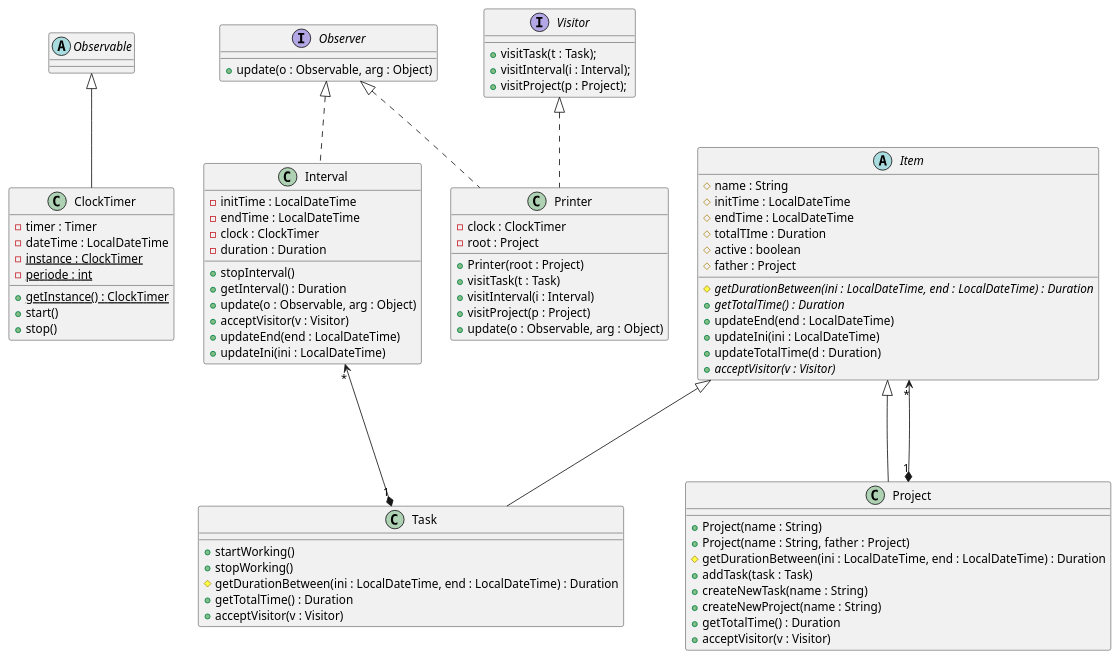
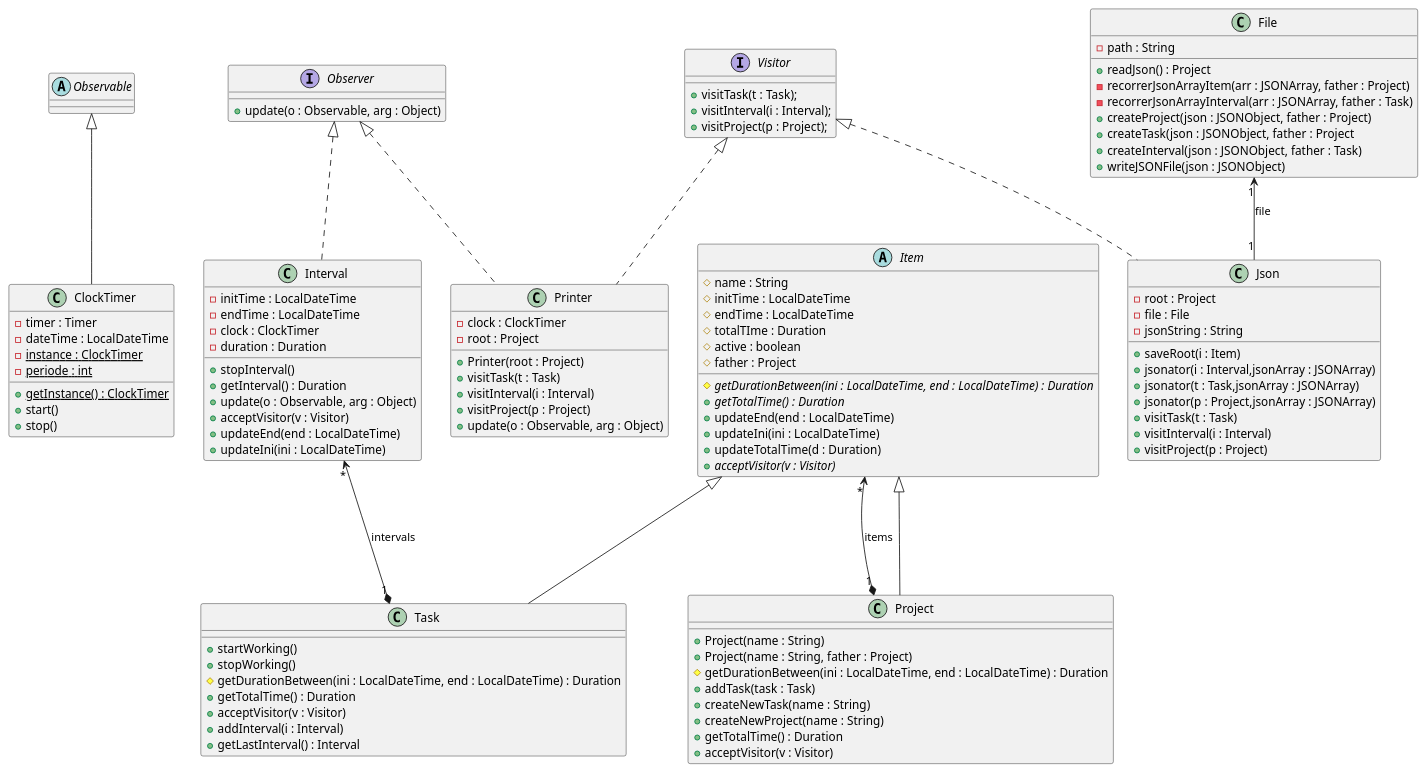
Before and after one commit to ewyalcuadrao/DS_practica: the diagram in diagrama_TimeTracker.puml, drawn with PlantUML. The commit also changed 3 other files, not shown here.

```diff
--- a/diagrama_TimeTracker.puml
+++ b/diagrama_TimeTracker.puml
@@ -1,92 +1,120 @@
 @startuml
 abstract Observable{
 
 }
 
 interface Observer{
 + update(o : Observable, arg : Object)
 }
 
 abstract Item{
 # name : String
 # initTime : LocalDateTime
 # endTime : LocalDateTime
 # totalTIme : Duration
 # active : boolean
 # father : Project
 # {abstract} getDurationBetween(ini : LocalDateTime, end : LocalDateTime) : Duration
 + {abstract} getTotalTime() : Duration
 + updateEnd(end : LocalDateTime)
 + updateIni(ini : LocalDateTime)
 + updateTotalTime(d : Duration)
 + {abstract} acceptVisitor(v : Visitor)
 }
 
 
 class Project{
 + Project(name : String)
 + Project(name : String, father : Project)
 # getDurationBetween(ini : LocalDateTime, end : LocalDateTime) : Duration
 + addTask(task : Task)
 + createNewTask(name : String)
 + createNewProject(name : String)
 + getTotalTime() : Duration
 + acceptVisitor(v : Visitor)
 }
 
 class Task{
 + startWorking()
 + stopWorking()
 # getDurationBetween(ini : LocalDateTime, end : LocalDateTime) : Duration
 + getTotalTime() : Duration
 + acceptVisitor(v : Visitor)
++ addInterval(i : Interval)
++ getLastInterval() : Interval
 }
 
 class Interval{
 - initTime : LocalDateTime
 - endTime : LocalDateTime
 - clock : ClockTimer
 - duration : Duration
 + stopInterval()
 + getInterval() : Duration
 + update(o : Observable, arg : Object)
 + acceptVisitor(v : Visitor)
 + updateEnd(end : LocalDateTime)
 + updateIni(ini : LocalDateTime)
 }
 
 class ClockTimer{
 - timer : Timer
 - dateTime : LocalDateTime
 - {static} instance : ClockTimer
 - {static} periode : int
 + {static} getInstance() : ClockTimer
 + start()
 + stop()
 }
 
 interface Visitor{
 + visitTask(t : Task);
 + visitInterval(i : Interval);
 + visitProject(p : Project);
 }
 
 class Printer{
 - clock : ClockTimer
 - root : Project
 + Printer(root : Project)
 + visitTask(t : Task)
 + visitInterval(i : Interval)
 + visitProject(p : Project)
 + update(o : Observable, arg : Object)
 }
 
+class Json{
+- root : Project
+- file : File
+- jsonString : String
++ saveRoot(i : Item)
++ jsonator(i : Interval,jsonArray : JSONArray)
++ jsonator(t : Task,jsonArray : JSONArray)
++ jsonator(p : Project,jsonArray : JSONArray)
++ visitTask(t : Task)
++ visitInterval(i : Interval)
++ visitProject(p : Project)
+}
+
+class File{
+- path : String
++ readJson() : Project
+- recorrerJsonArrayItem(arr : JSONArray, father : Project)
+- recorrerJsonArrayInterval(arr : JSONArray, father : Task)
++ createProject(json : JSONObject, father : Project)
++ createTask(json : JSONObject, father : Project
++ createInterval(json : JSONObject, father : Task)
++ writeJSONFile(json : JSONObject)
+}
+
 Item <|--- Project
 Item <|--- Task
-Item "*"<---*"1" Project
-Interval "*"<---*"1" Task
+Item "*"<---*"1" Project : items
+Interval "*"<---*"1" Task : intervals
 Observer <|.. Interval
 Observable <|-- ClockTimer
 Observer <|.. Printer
 Visitor <|.. Printer
+Visitor <|.. Json
+File "1"<--"1" Json : file
 @enduml
```
